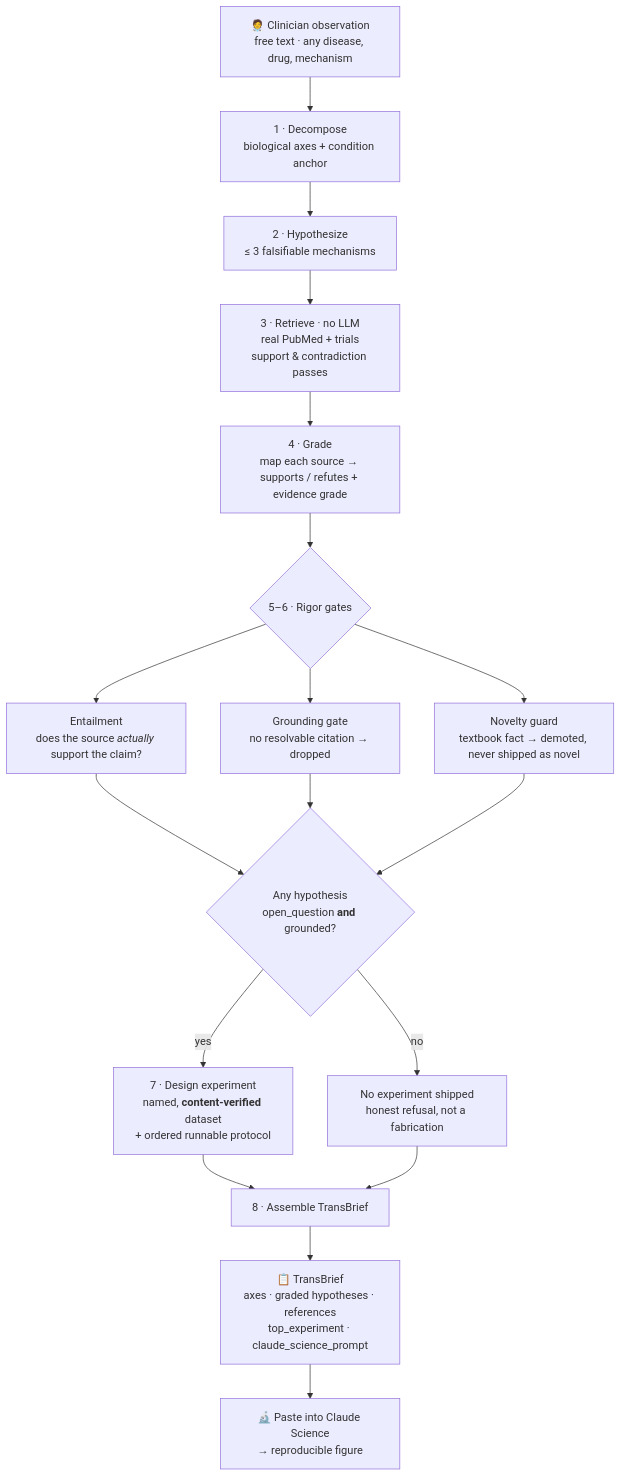
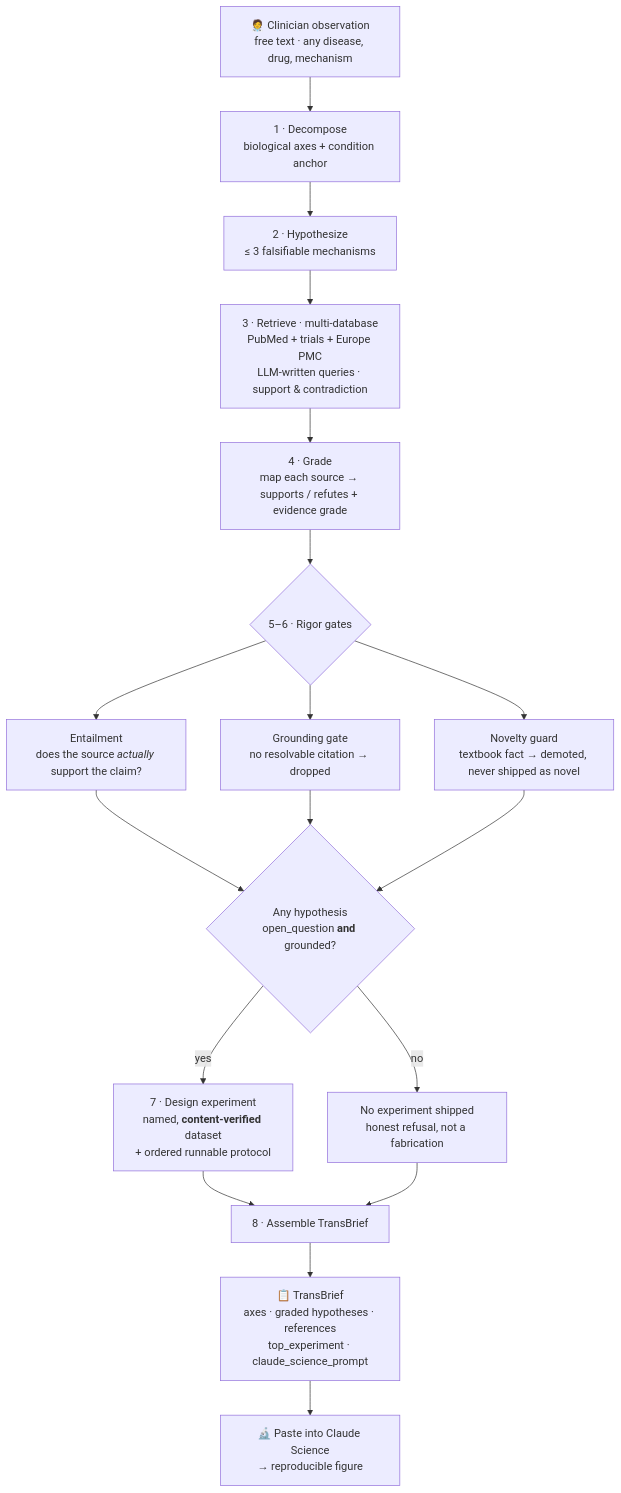
Before and after one commit to kayomarz97/TransBench: the first of 2 diagrams in README.md, drawn with Mermaid. The commit also changed other lines of this file and 4 other files, not shown here.

````diff
--- a/README.md
+++ b/README.md
@@ -125,20 +125,20 @@
 ```mermaid
 flowchart TD
     A["🧑‍⚕️ Clinician observation<br/>free text · any disease, drug, mechanism"] --> B["1 · Decompose<br/>biological axes + condition anchor"]
     B --> C["2 · Hypothesize<br/>≤ 3 falsifiable mechanisms"]
-    C --> D["3 · Retrieve · no LLM<br/>real PubMed + trials<br/>support & contradiction passes"]
+    C --> D["3 · Retrieve · multi-database<br/>PubMed + trials + Europe PMC<br/>LLM-written queries · support & contradiction"]
     D --> E["4 · Grade<br/>map each source → supports / refutes + evidence grade"]
     E --> F{"5–6 · Rigor gates"}
     F --> G["Entailment<br/>does the source <i>actually</i> support the claim?"]
     F --> H["Grounding gate<br/>no resolvable citation → dropped"]
     F --> I["Novelty guard<br/>textbook fact → demoted, never shipped as novel"]
     G --> J{"Any hypothesis<br/>open_question <b>and</b> grounded?"}
     H --> J
     I --> J
     J -- yes --> K["7 · Design experiment<br/>named, <b>content-verified</b> dataset<br/>+ ordered runnable protocol"]
     J -- no --> L["No experiment shipped<br/>honest refusal, not a fabrication"]
     K --> M["8 · Assemble TransBrief"]
     L --> M
     M --> N["📋 TransBrief<br/>axes · graded hypotheses · references<br/>top_experiment · claude_science_prompt"]
     N --> O["🔬 Paste into Claude Science<br/>→ reproducible figure"]
 ```
````
